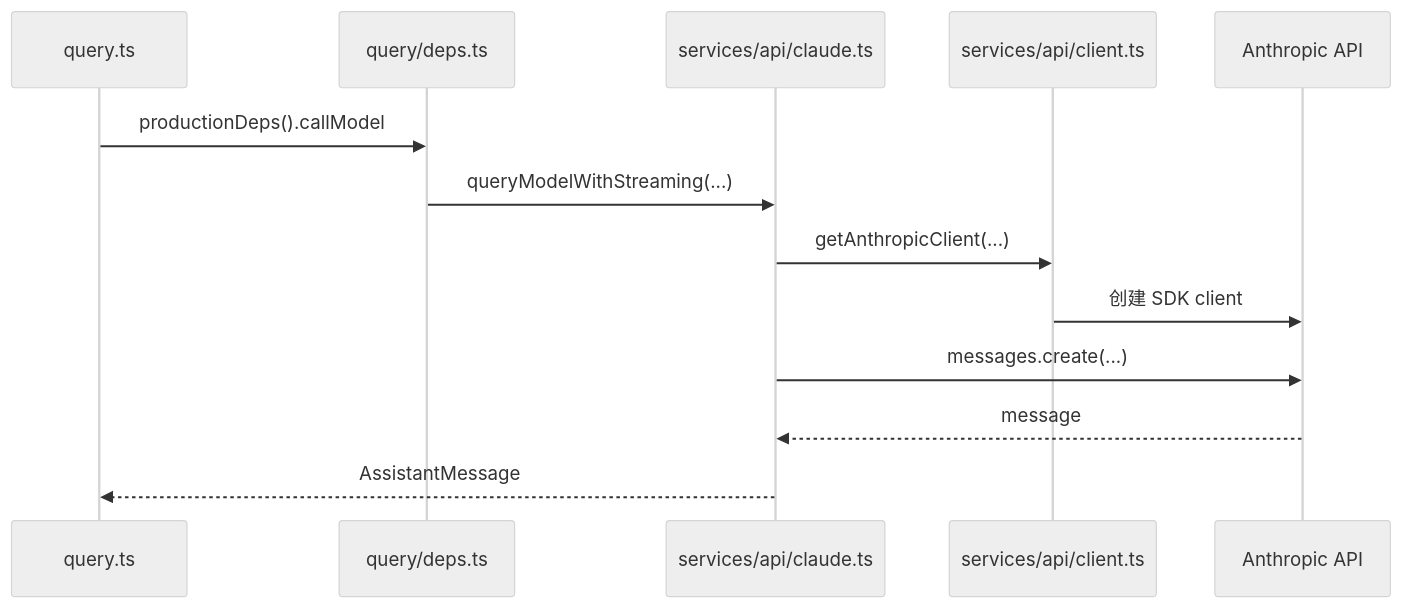
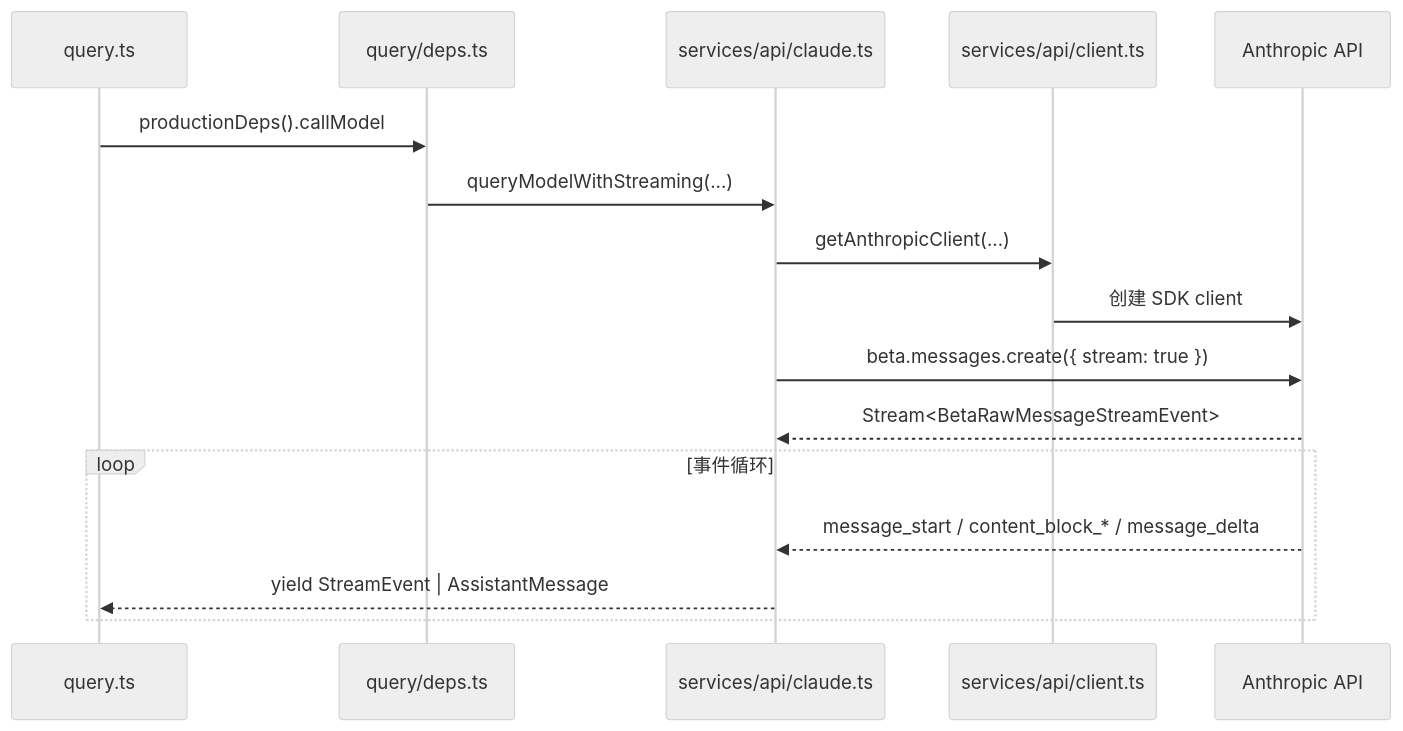
One commit to friendlyhank/claude-code-annotated changed the first of 2 diagrams in notes/reviews/05-api-client-layer.md. Above: the diagram before and after it, drawn with Mermaid (neutral theme). The commit also changed other lines of this file and 1 other file, not shown here.

Commit message:
docs: 更新 API 层流式处理文档，记录双产出机制与状态累积

````diff
--- a/notes/reviews/05-api-client-layer.md
+++ b/notes/reviews/05-api-client-layer.md
@@ -39,16 +39,19 @@
 ```mermaid
 sequenceDiagram
     participant Query as query.ts
     participant Deps as query/deps.ts
     participant Claude as services/api/claude.ts
     participant Client as services/api/client.ts
     participant API as Anthropic API
 
     Query->>Deps: productionDeps().callModel
     Deps->>Claude: queryModelWithStreaming(...)
     Claude->>Client: getAnthropicClient(...)
     Client->>API: 创建 SDK client
-    Claude->>API: messages.create(...)
-    API-->>Claude: message
-    Claude-->>Query: AssistantMessage
+    Claude->>API: beta.messages.create({ stream: true })
+    API-->>Claude: Stream<BetaRawMessageStreamEvent>
+    loop 事件循环
+        API-->>Claude: message_start / content_block_* / message_delta
+        Claude-->>Query: yield StreamEvent | AssistantMessage
+    end
 ```
````
